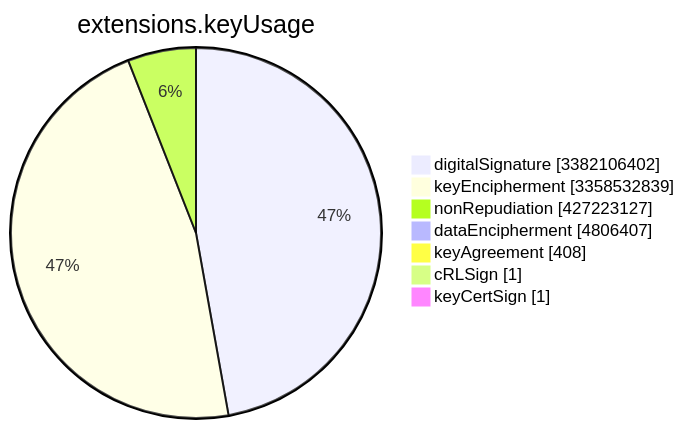
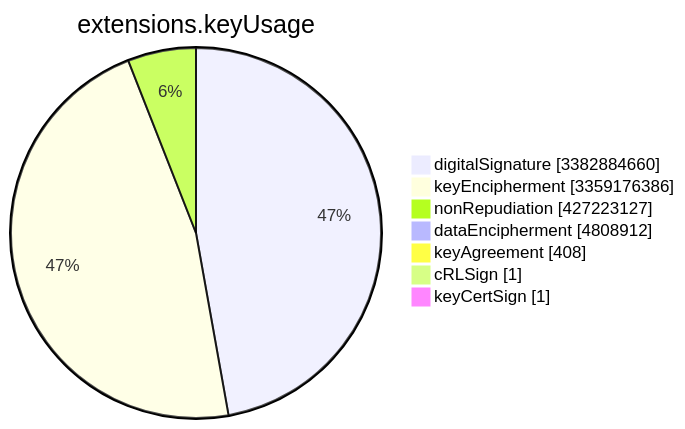
The sixth of 15 diagrams in TOTAL/README.md (christiankrug/ctmonitor_visualization), drawn with Mermaid before and after one commit. The commit also changed other lines of this file, not shown here.

````diff
--- a/TOTAL/README.md
+++ b/TOTAL/README.md
@@ -3080,11 +3080,11 @@
 ```mermaid
 pie showData
 title extensions.keyUsage
-"digitalSignature" :3382106402
-"keyEncipherment" :3358532839
+"digitalSignature" :3382884660
+"keyEncipherment" :3359176386
 "nonRepudiation" :427223127
-"dataEncipherment" :4806407
+"dataEncipherment" :4808912
 "keyAgreement" :408
 "cRLSign" :1
 "keyCertSign" :1
 ```
````
